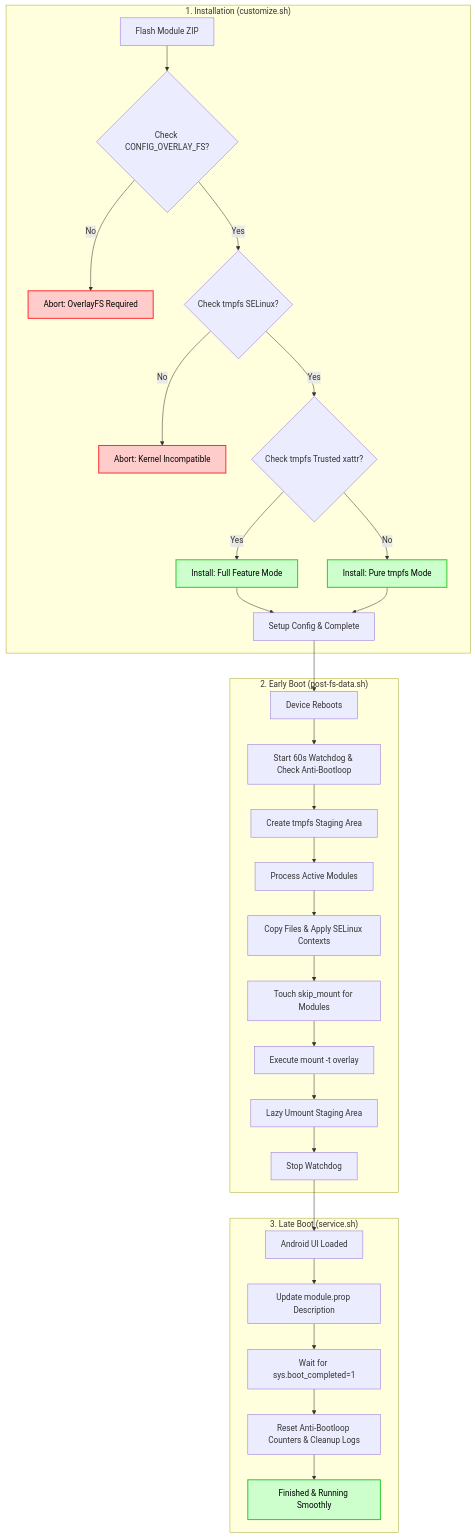
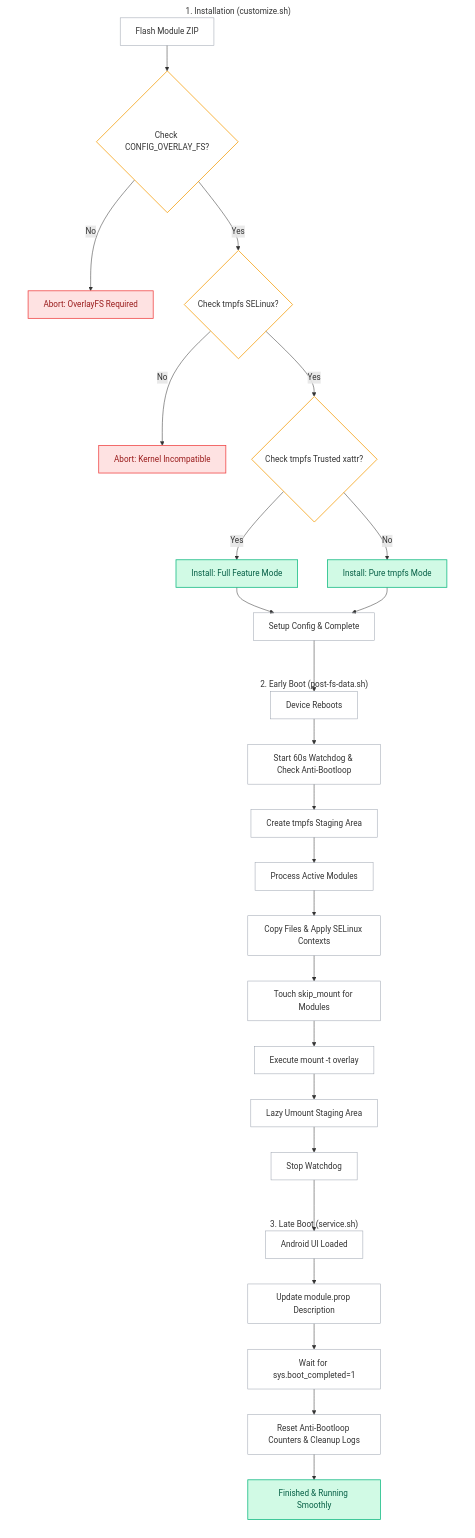
Before and after one commit to dyokism/NanoMount: the diagram in README.md, drawn with Mermaid. The commit also changed other lines of this file and 1 other file, not shown here.

Commit message:
fixing the diagram

````diff
--- a/README.md
+++ b/README.md
@@ -47,41 +47,50 @@
 ```mermaid
 flowchart TD
     %% Installation Phase
     subgraph Installation ["1. Installation (customize.sh)"]
         A[Flash Module ZIP] --> B{Check CONFIG_OVERLAY_FS?}
         B -- No --> ABORT1[Abort: OverlayFS Required]
         B -- Yes --> C{Check tmpfs SELinux?}
         C -- No --> ABORT2[Abort: Kernel Incompatible]
         C -- Yes --> D{Check tmpfs Trusted xattr?}
         D -- Yes --> E[Install: Full Feature Mode]
         D -- No --> F[Install: Pure tmpfs Mode]
         E & F --> G[Setup Config & Complete]
     end
 
     %% Early Boot Phase
     subgraph Early_Boot ["2. Early Boot (post-fs-data.sh)"]
         G --> H[Device Reboots]
         H --> I[Start 60s Watchdog & Check Anti-Bootloop]
         I --> M[Create tmpfs Staging Area]
         M --> N[Process Active Modules]
         N --> O[Copy Files & Apply SELinux Contexts]
         O --> P[Touch skip_mount for Modules]
         P --> Q[Execute mount -t overlay]
         Q --> R[Lazy Umount Staging Area]
         R --> S[Stop Watchdog]
     end
 
     %% Late Boot Phase
     subgraph Late_Boot ["3. Late Boot (service.sh)"]
         S --> T[Android UI Loaded]
         T --> U[Update module.prop Description]
         U --> V[Wait for sys.boot_completed=1]
         V --> W[Reset Anti-Bootloop Counters & Cleanup Logs]
         W --> X[Finished & Running Smoothly]
     end
 
-    classDef abort fill:#ffcccc,stroke:#ff3333,stroke-width:2px,color:#000;
-    classDef success fill:#ccffcc,stroke:#33cc33,stroke-width:2px,color:#000;
+    %% Custom Styles (Transparent background & borderless design)
+    style Installation fill:none,stroke:none
+    style Early_Boot fill:none,stroke:none
+    style Late_Boot fill:none,stroke:none
+
+    classDef default fill:none,stroke:#9ca3af,stroke-width:1px;
+    classDef abort fill:#fee2e2,stroke:#ef4444,stroke-width:1.5px,color:#991b1b;
+    classDef success fill:#d1fae5,stroke:#10b981,stroke-width:1.5px,color:#065f46;
+    classDef check fill:none,stroke:#f59e0b,stroke-width:1.5px;
+
     class ABORT1,ABORT2 abort;
     class E,F,X success;
+    class B,C,D check;
 ```
````
